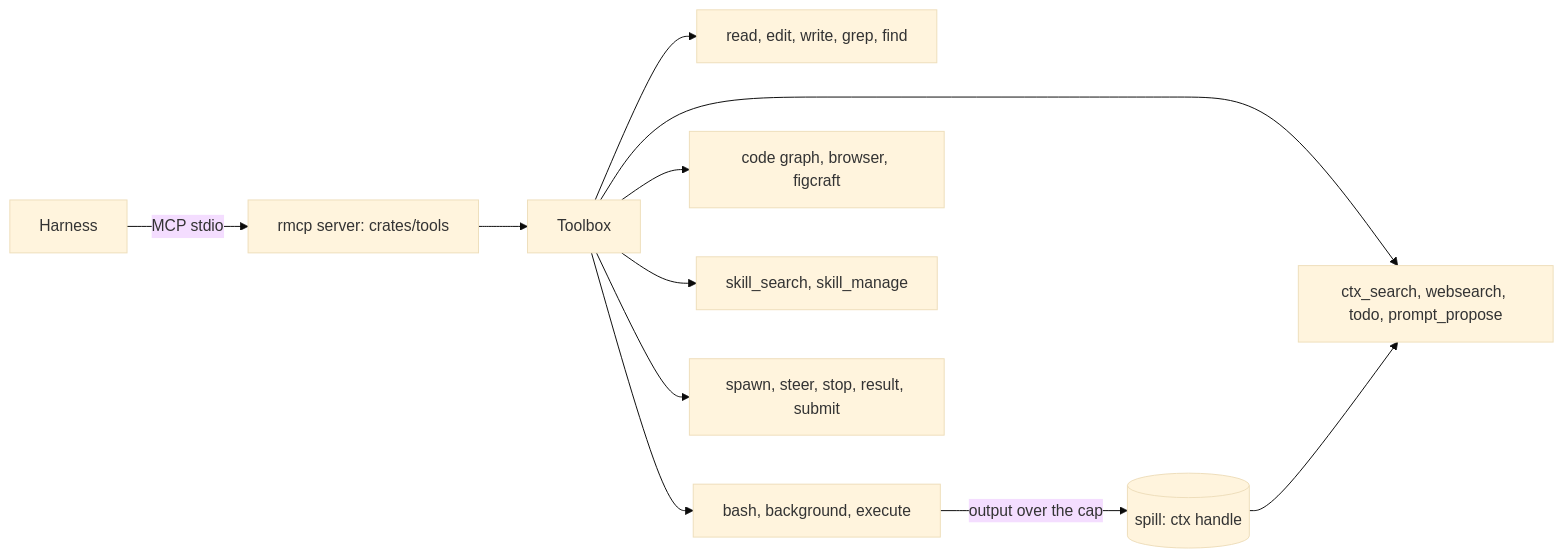
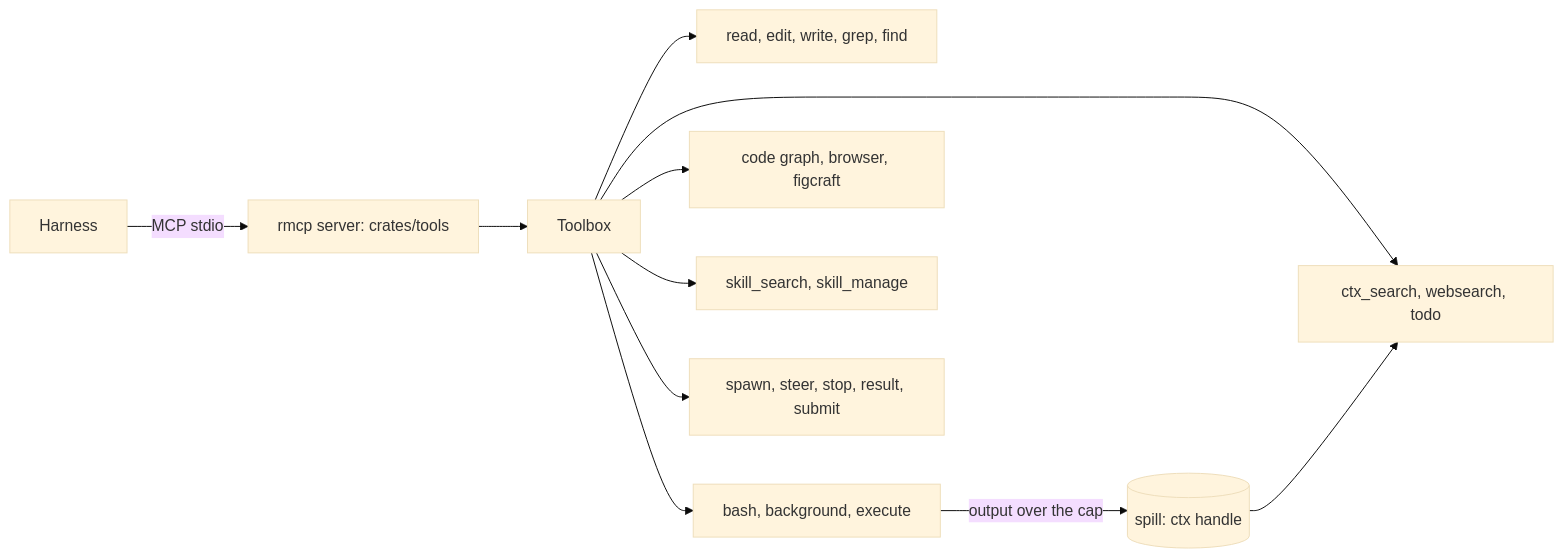
Before and after one commit to ciokyyy/emberloop-rs: the third of 5 diagrams in docs/architecture.md, drawn with Mermaid (base theme). The commit also changed 24 other files, not shown here.

````diff
--- a/docs/architecture.md
+++ b/docs/architecture.md
@@ -149,13 +149,13 @@
 ```mermaid
 flowchart LR
   H[Harness] -->|MCP stdio| M[rmcp server: crates/tools]
   M --> T[Toolbox]
   T --> F[read, edit, write, grep, find]
   T --> X[bash, background, execute]
   T --> G[code graph, browser, figcraft]
   T --> K[skill_search, skill_manage]
   T --> A[spawn, steer, stop, result, submit]
-  T --> O[ctx_search, websearch, todo, prompt_propose]
+  T --> O[ctx_search, websearch, todo]
   X -->|output over the cap| S[(spill: ctx handle)]
   S --> O
 ```
````
